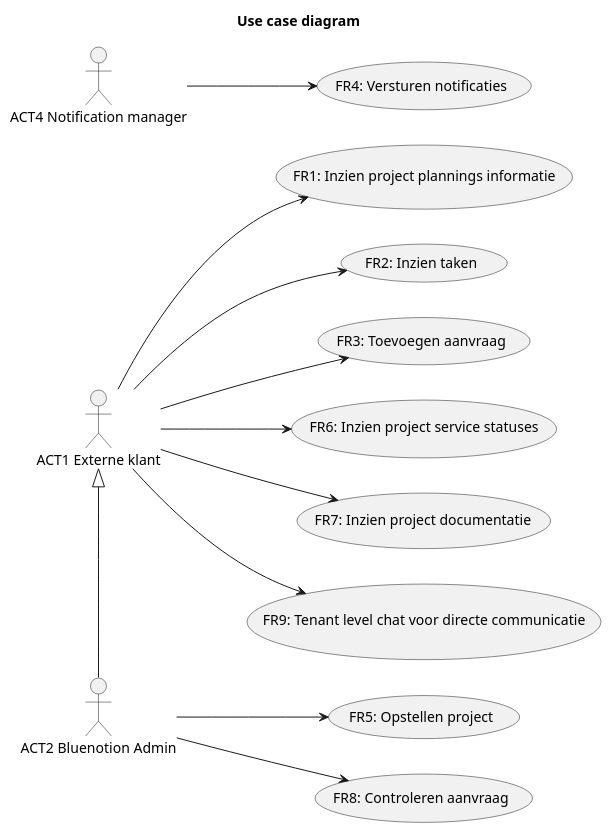
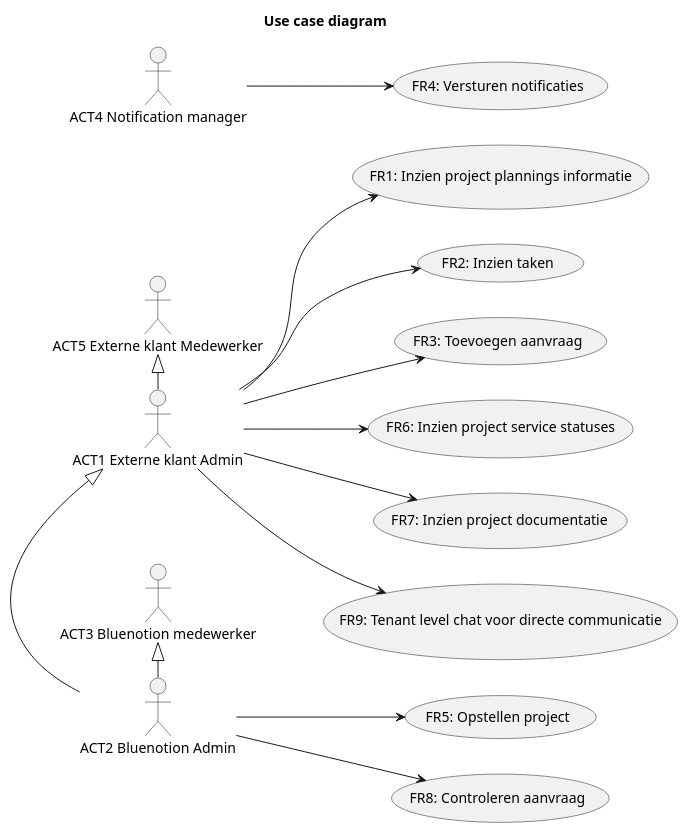
One commit to DCReceveur/pre-afstudeer-docs changed the fifth of 5 diagrams in Documentatie/FunctioneelOntwerp.md. Above: the diagram before and after it, drawn with PlantUML. The commit also changed other lines of this file and 4 other files, not shown here.

````diff
--- a/Documentatie/FunctioneelOntwerp.md
+++ b/Documentatie/FunctioneelOntwerp.md
@@ -410,32 +482,36 @@
 ```plantuml
 title Use case diagram
 left to right direction
 
-:ACT1 Externe klant: as KL
+:ACT1 Externe klant Admin: as KL
 :ACT2 Bluenotion Admin: as ADM
+:ACT3 Bluenotion medewerker: as BNM
 :ACT4 Notification manager: as Notification
+:ACT5 Externe klant Medewerker: as KLR
 
 (FR1: Inzien project plannings informatie) as FR1
 (FR2: Inzien taken) as FR2
 (FR3: Toevoegen aanvraag) as FR3
 (FR4: Versturen notificaties) as FR4
 (FR5: Opstellen project) as FR5
 (FR6: Inzien project service statuses) as FR6
 (FR7: Inzien project documentatie) as FR7
 (FR8: Controleren aanvraag) as FR8
 (FR9: Tenant level chat voor directe communicatie) as FR9
 
 KL -DOWN-> FR1
 KL -DOWN-> FR2
 KL -DOWN-> FR3
 KL -DOWN-> FR6
 KL -DOWN-> FR7
 KL -DOWN-> FR9
 
 ADM-DOWN->FR5
 ADM-DOWN->FR8
 Notification-DOWN->FR4
 
+ADM-LEFT-|>BNM
 ADM-LEFT-|>KL
+KL-LEFT-|>KLR
 
 ```
````
